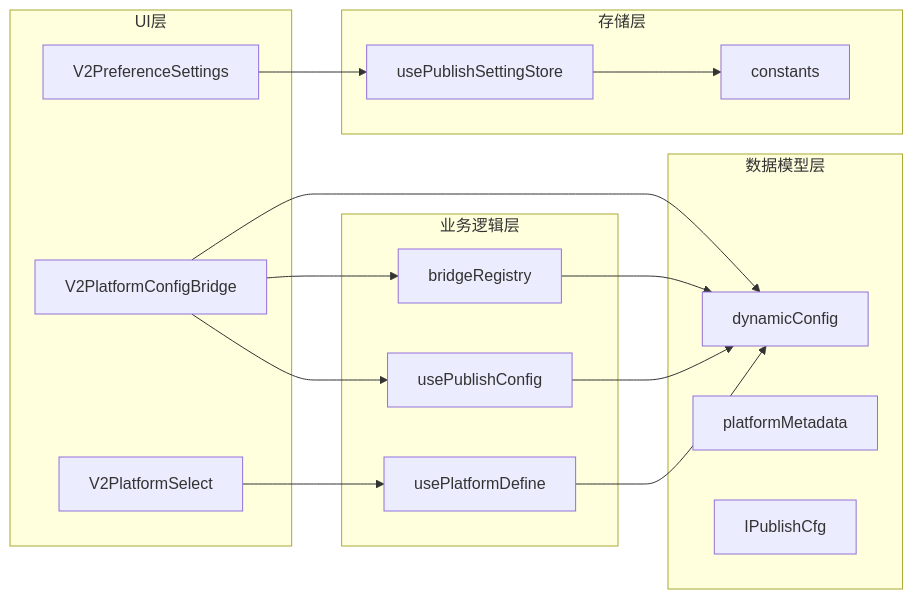
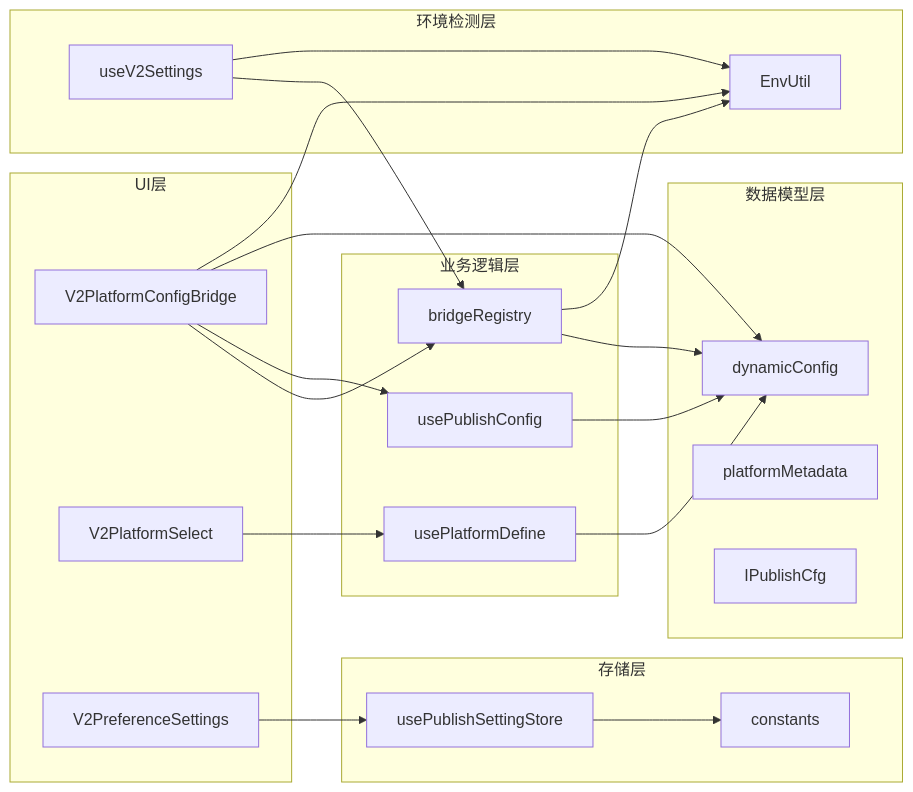
The sixth of 7 diagrams in .qoder/repowiki/zh/content/V2 平台配置桥组件.md (terwer/siyuan-plugin-publisher), drawn with Mermaid before and after one commit. The commit also changed other lines of this file and 49 other files, not shown here.

````diff
--- a/.qoder/repowiki/zh/content/V2 平台配置桥组件.md
+++ b/.qoder/repowiki/zh/content/V2 平台配置桥组件.md
@@ -309,31 +348,39 @@
 ```mermaid
 graph LR
 subgraph "UI层"
 A[V2PlatformConfigBridge]
 B[V2PlatformSelect]
 C[V2PreferenceSettings]
 end
 subgraph "业务逻辑层"
 D[bridgeRegistry]
 E[usePublishConfig]
 F[usePlatformDefine]
 end
 subgraph "数据模型层"
 G[dynamicConfig]
 H[platformMetadata]
 I[IPublishCfg]
 end
 subgraph "存储层"
 J[usePublishSettingStore]
 K[constants]
 end
+subgraph "环境检测层"
+L[EnvUtil]
+M[useV2Settings]
+end
 A --> D
 A --> E
 A --> G
+A --> L
 B --> F
 C --> J
 D --> G
+D --> L
 E --> G
 F --> G
 J --> K
+M --> D
+M --> L
 ```
````
